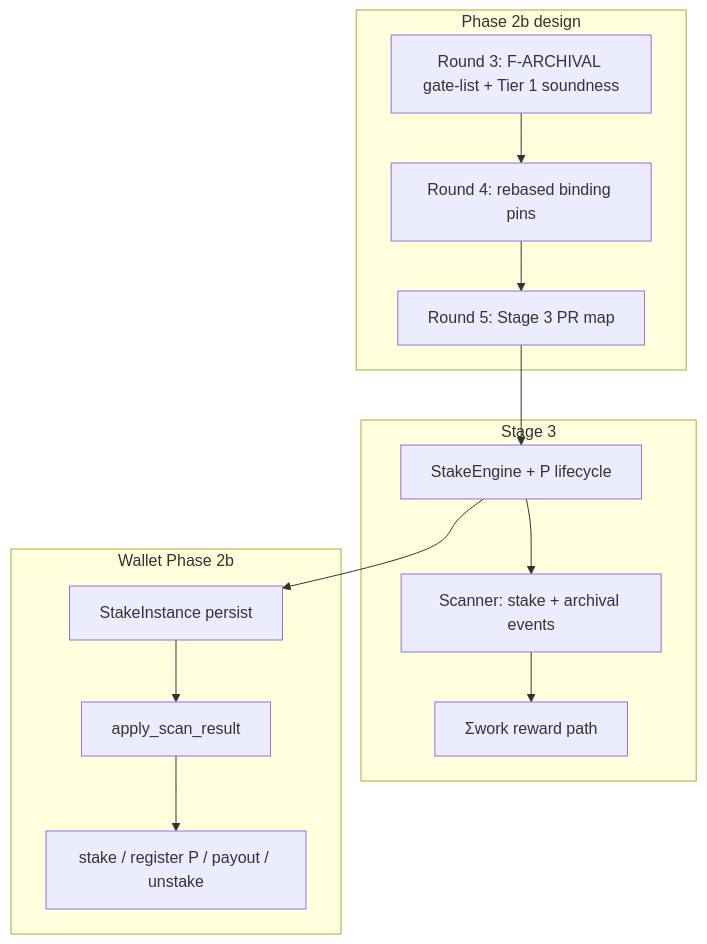
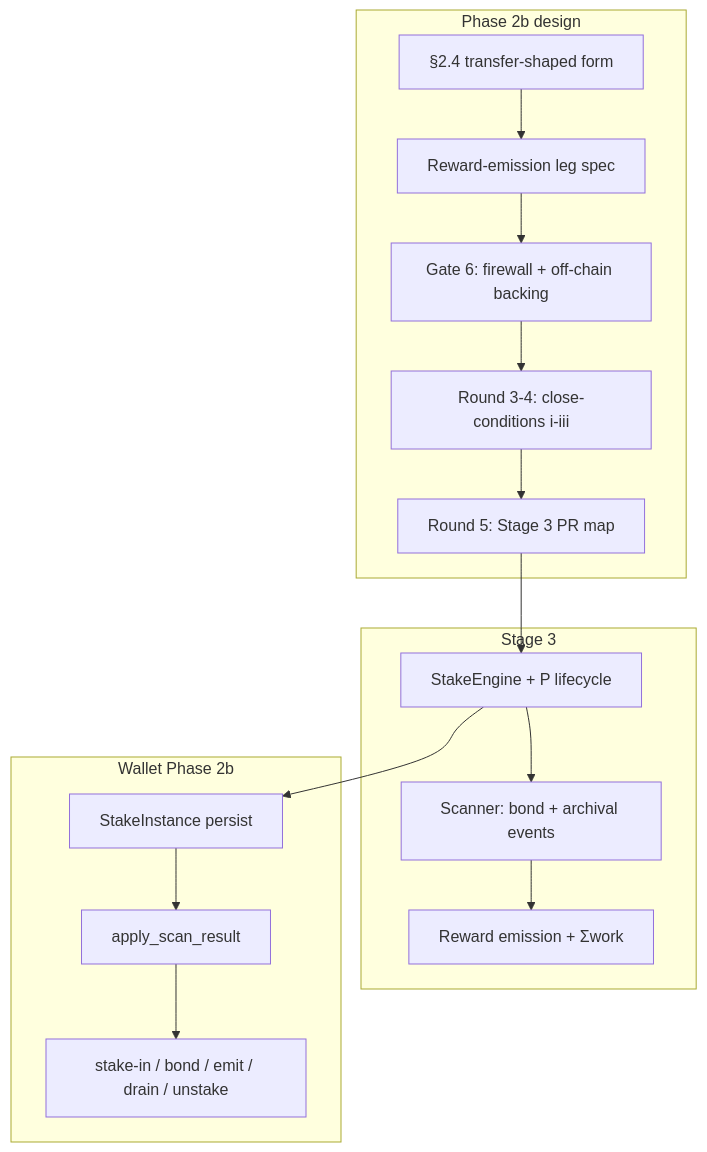
One commit to Shekyl-Foundation/shekyl-core changed the second of 2 diagrams in docs/design/WALLET_REWRITE_PLAN.md. Above: the diagram before and after it, drawn with Mermaid. The commit also changed other lines of this file and 6 other files, not shown here.

First line of the commit message:
docs: update Phase 2b design to reflect transfer-shaped admission and reward emission

````diff
--- a/docs/design/WALLET_REWRITE_PLAN.md
+++ b/docs/design/WALLET_REWRITE_PLAN.md
@@ -458,21 +477,23 @@
 ```mermaid
 flowchart TD
   subgraph design [Phase 2b design]
-    R3["Round 3: F-ARCHIVAL gate-list + Tier 1 soundness"]
-    R4["Round 4: rebased binding pins"]
+    S24["§2.4 transfer-shaped form"]
+    REW["Reward-emission leg spec"]
+    G6["Gate 6: firewall + off-chain backing"]
+    R3["Round 3-4: close-conditions i-iii"]
     R5["Round 5: Stage 3 PR map"]
   end
   subgraph stage3 [Stage 3]
     SE["StakeEngine + P lifecycle"]
-    SCAN["Scanner: stake + archival events"]
-    ECON["Σwork reward path"]
+    SCAN["Scanner: bond + archival events"]
+    ECON["Reward emission + Σwork"]
   end
   subgraph wallet [Wallet Phase 2b]
     LEDGER["StakeInstance persist"]
     MERGE["apply_scan_result"]
-    API["stake / register P / payout / unstake"]
+    API["stake-in / bond / emit / drain / unstake"]
   end
-  R3 --> R4 --> R5 --> SE
+  S24 --> REW --> G6 --> R3 --> R5 --> SE
   SE --> SCAN --> ECON
   SE --> LEDGER --> MERGE --> API
 ```
````
